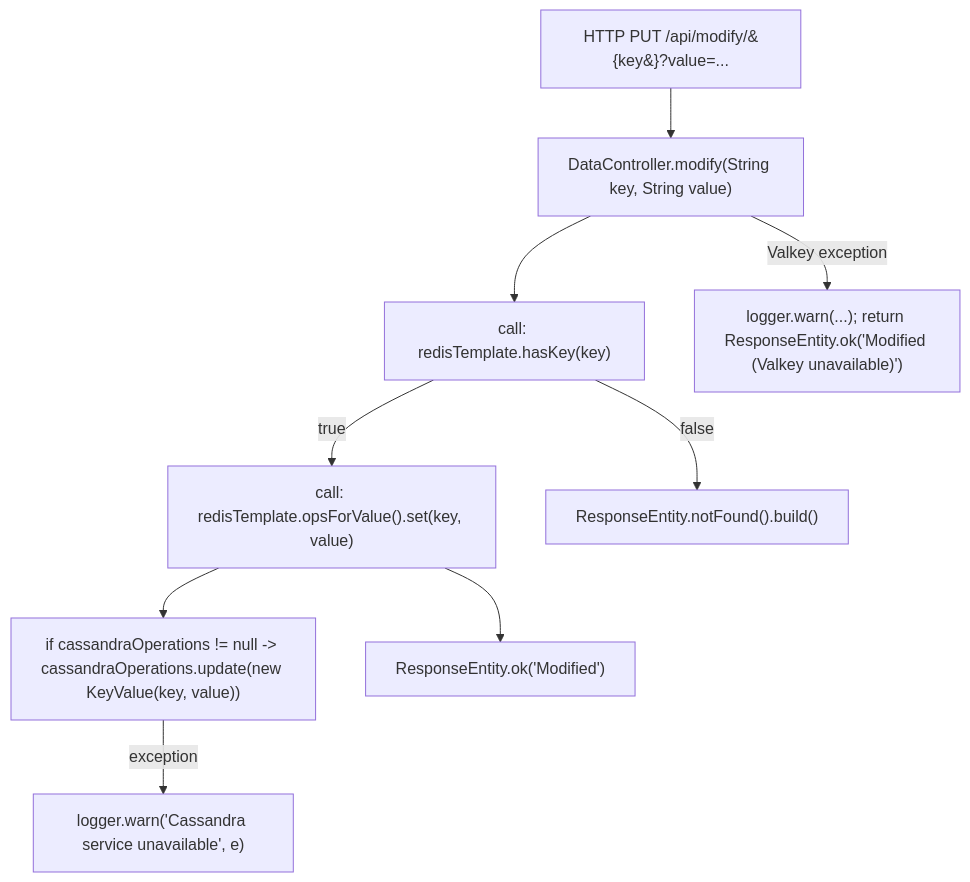
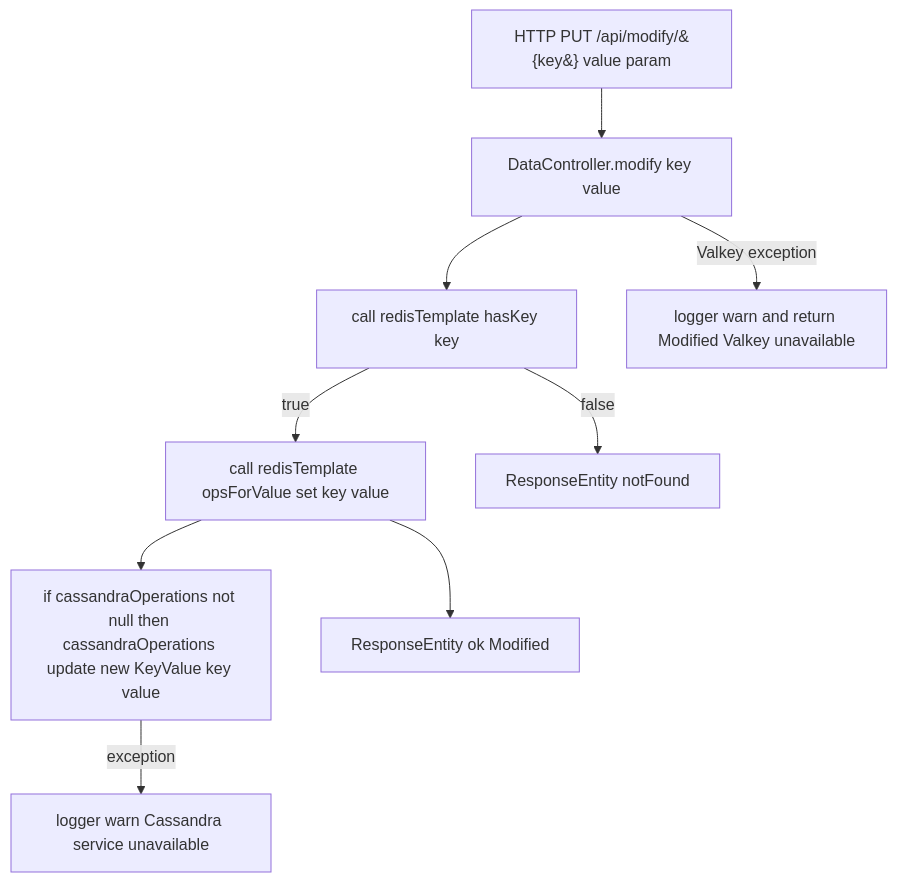
Before and after one commit to platformbuilds/miradorstack-playground: the fourth of 5 diagrams in dev/app.md, drawn with Mermaid. The commit also changed other lines of this file, not shown here.

Commit message:
fix(docs): sanitize mermaid node labels for GitHub rendering

````diff
--- a/dev/app.md
+++ b/dev/app.md
@@ -115,13 +115,13 @@
 ```mermaid
 flowchart TD
-  A[HTTP PUT /api/modify/&#123;key&#125;?value=...]
-  B["DataController.modify(String key, String value)"]
+  A[HTTP PUT /api/modify/&#123;key&#125; value param]
+  B[DataController.modify key value]
   A --> B
-  B --> C["call: redisTemplate.hasKey(key)"]
-  C -->|true| D1["call: redisTemplate.opsForValue().set(key, value)"]
-  D1 --> D2["if cassandraOperations != null -> cassandraOperations.update(new KeyValue(key, value))"]
-  D2 -->|exception| D2e["logger.warn('Cassandra service unavailable', e)"]
-  C -->|false| E["ResponseEntity.notFound().build()"]
-  B -->|Valkey exception| F["logger.warn(...); return ResponseEntity.ok('Modified (Valkey unavailable)')"]
-  D1 --> G["ResponseEntity.ok('Modified')"]
+  B --> C[call redisTemplate hasKey key]
+  C -->|true| D1[call redisTemplate opsForValue set key value]
+  D1 --> D2[if cassandraOperations not null then cassandraOperations update new KeyValue key value]
+  D2 -->|exception| D2e[logger warn Cassandra service unavailable]
+  C -->|false| E[ResponseEntity notFound]
+  B -->|Valkey exception| F[logger warn and return Modified Valkey unavailable]
+  D1 --> G[ResponseEntity ok Modified]
 ```
````
